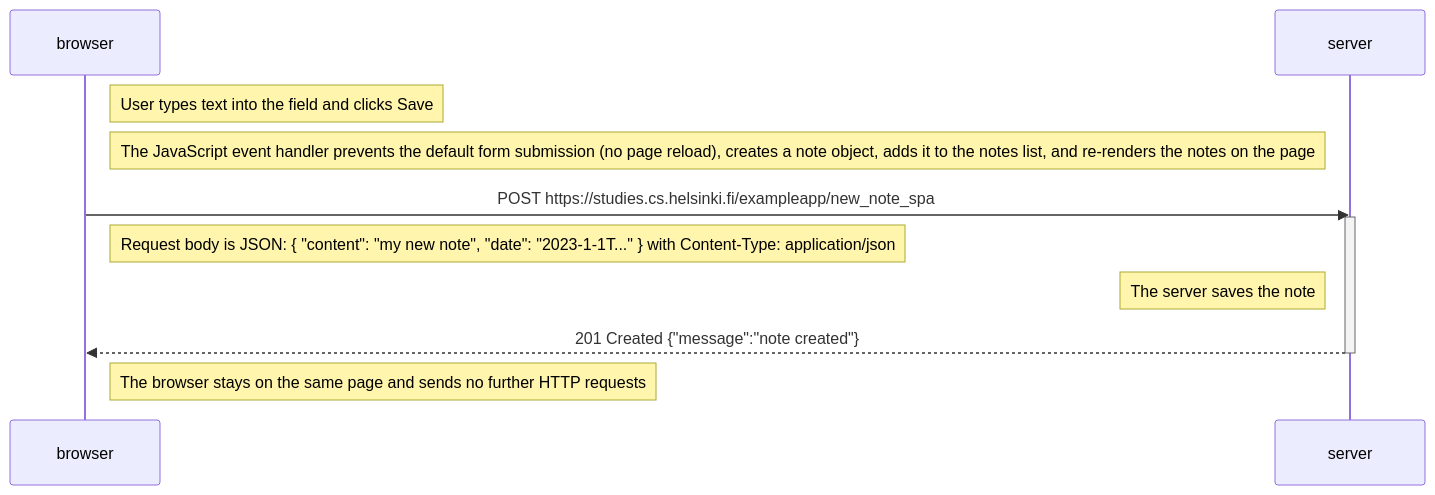
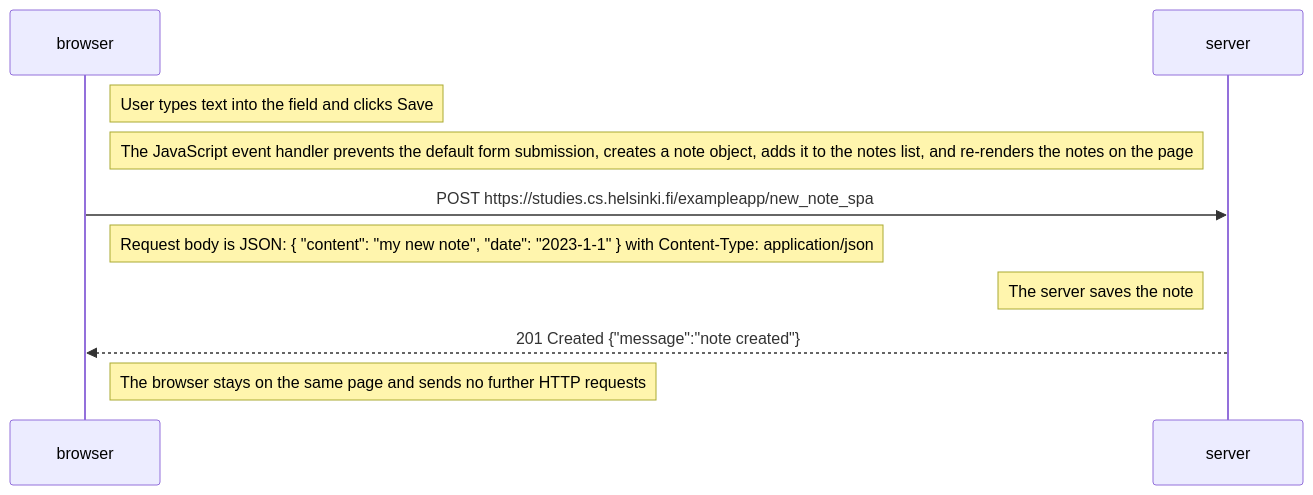
The third of 3 diagrams in part0/diagrams.md (whitgunt77/fullstackopen), drawn with Mermaid before and after one commit. The commit also changed other lines of this file, not shown here.

Commit message:
Fix mermaid diagrams

````diff
--- a/part0/diagrams.md
+++ b/part0/diagrams.md
@@ -80,18 +62,16 @@
 ```mermaid
 sequenceDiagram
     participant browser
     participant server
 
     Note right of browser: User types text into the field and clicks Save
 
-    Note right of browser: The JavaScript event handler prevents the default form submission (no page reload), creates a note object, adds it to the notes list, and re-renders the notes on the page
+    Note right of browser: The JavaScript event handler prevents the default form submission, creates a note object, adds it to the notes list, and re-renders the notes on the page
 
     browser->>server: POST https://studies.cs.helsinki.fi/exampleapp/new_note_spa
-    activate server
-    Note right of browser: Request body is JSON: { "content": "my new note", "date": "2023-1-1T..." } with Content-Type: application/json
+    Note right of browser: Request body is JSON: { "content": "my new note", "date": "2023-1-1" } with Content-Type: application/json
     Note left of server: The server saves the note
     server-->>browser: 201 Created {"message":"note created"}
-    deactivate server
 
     Note right of browser: The browser stays on the same page and sends no further HTTP requests
 ```
````
